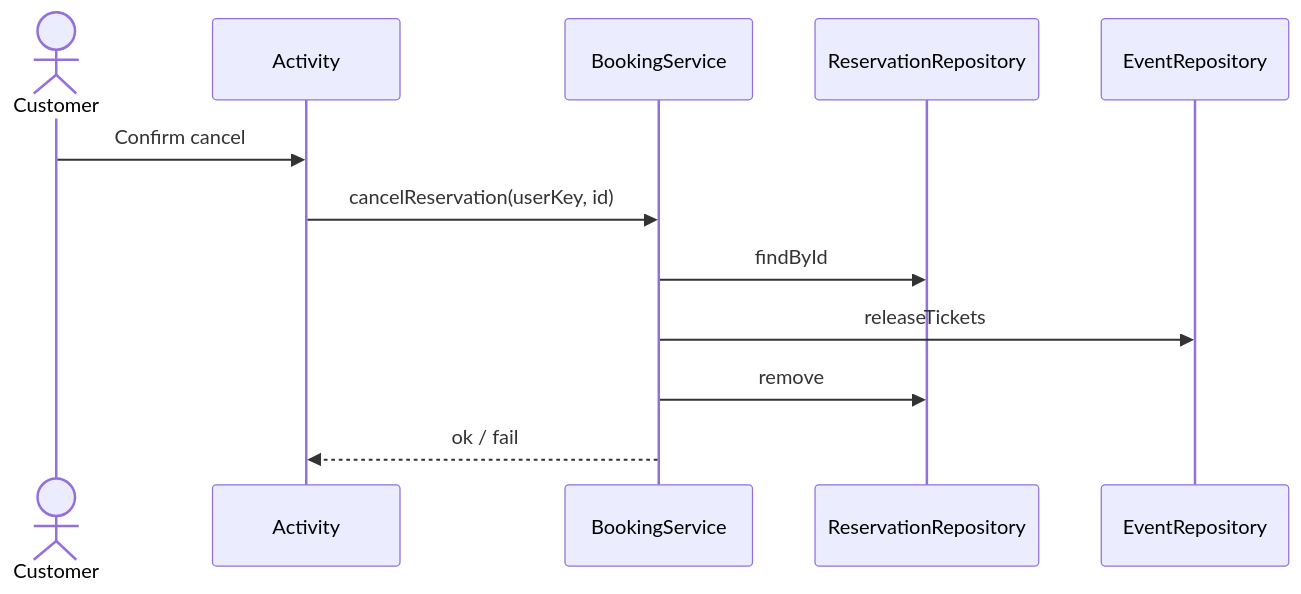
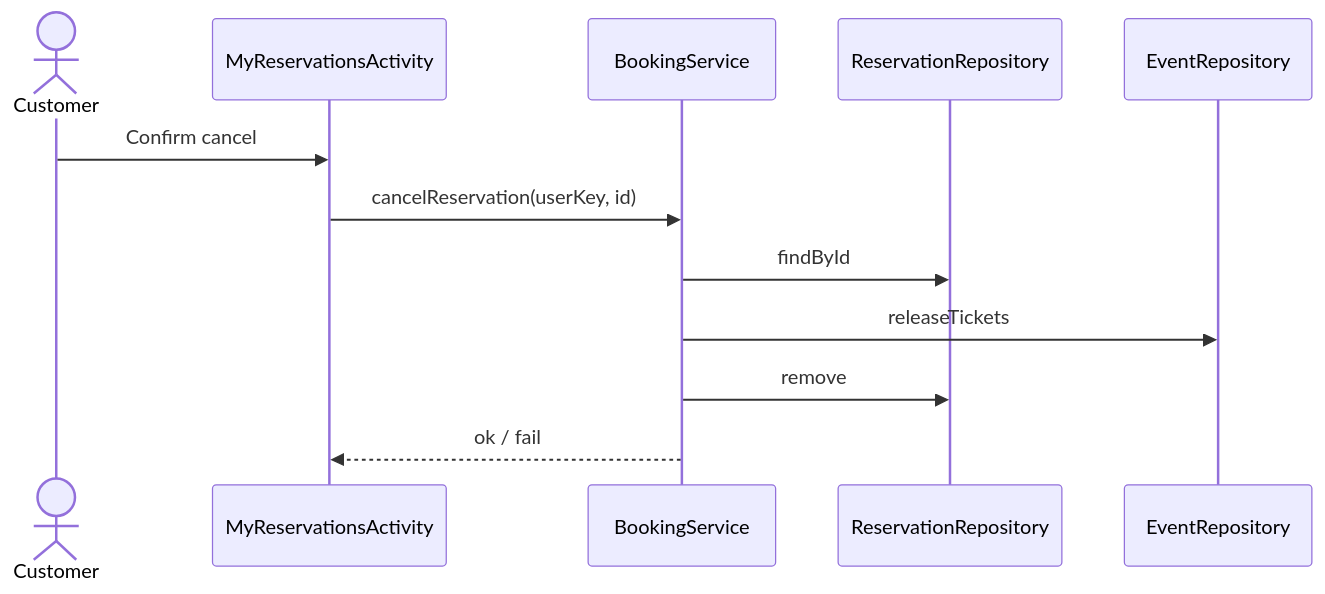
One commit to hugogv12/SOEN345-TicketReservation changed the sixth of 8 diagrams in docs/DESIGN.md. Above: the diagram before and after it, drawn with Mermaid. The commit also changed other lines of this file and 45 other files, not shown here.

````diff
--- a/docs/DESIGN.md
+++ b/docs/DESIGN.md
@@ -236,15 +246,15 @@
 ```mermaid
 sequenceDiagram
   actor Customer
-  participant UI as Activity
+  participant UI as MyReservationsActivity
   participant BS as BookingService
   participant RR as ReservationRepository
   participant ER as EventRepository
 
   Customer->>UI: Confirm cancel
   UI->>BS: cancelReservation(userKey, id)
   BS->>RR: findById
   BS->>ER: releaseTickets
   BS->>RR: remove
   BS-->>UI: ok / fail
 ```
````
